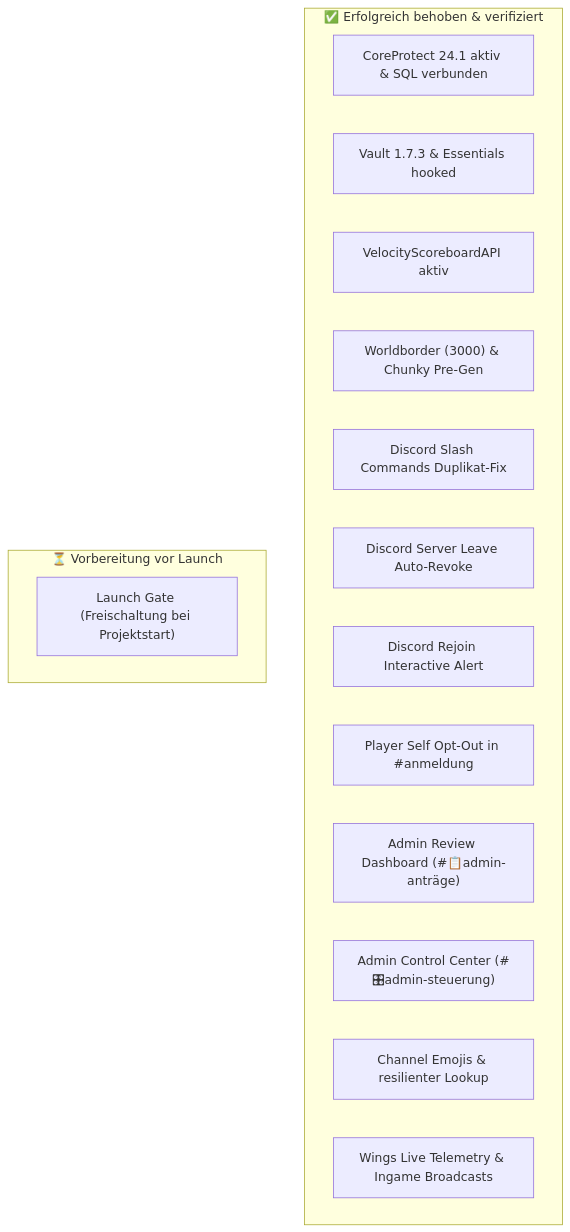
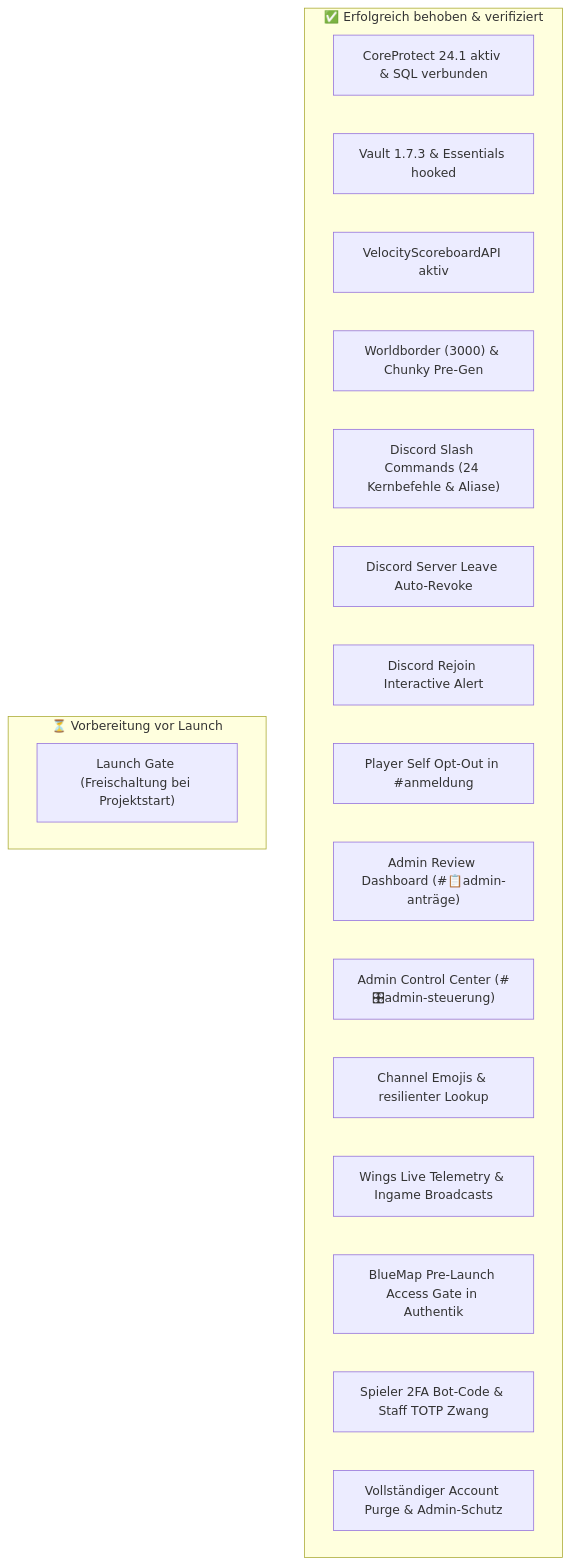
Before and after one commit to Tigimax/minecraft-weihnachtsdorf-team: the diagram in docs/open_issues_and_action_items.md, drawn with Mermaid. The commit also changed other lines of this file and 7 other files, not shown here.

First line of the commit message:
docs: synchronize documentation, register mfa slash commands and harmonize aliases

````diff
--- a/docs/open_issues_and_action_items.md
+++ b/docs/open_issues_and_action_items.md
@@ -10,21 +10,24 @@
 ```mermaid
 flowchart TD
     subgraph SOLVED["✅ Erfolgreich behoben & verifiziert"]
         CP["CoreProtect 24.1 aktiv & SQL verbunden"]
         VAULT["Vault 1.7.3 & Essentials hooked"]
         TAB["VelocityScoreboardAPI aktiv"]
         WB["Worldborder (3000) & Chunky Pre-Gen"]
-        CMD["Discord Slash Commands Duplikat-Fix"]
+        CMD["Discord Slash Commands (24 Kernbefehle & Aliase)"]
         LEV["Discord Server Leave Auto-Revoke"]
         REJ["Discord Rejoin Interactive Alert"]
         OPT["Player Self Opt-Out in #anmeldung"]
         REV["Admin Review Dashboard (#📋admin-anträge)"]
         CTL["Admin Control Center (#🎛admin-steuerung)"]
         EMO["Channel Emojis & resilienter Lookup"]
         TEL["Wings Live Telemetry & Ingame Broadcasts"]
+        BMG["BlueMap Pre-Launch Access Gate in Authentik"]
+        MFA["Spieler 2FA Bot-Code & Staff TOTP Zwang"]
+        PUR["Vollständiger Account Purge & Admin-Schutz"]
     end
 
     subgraph OPEN["⏳ Vorbereitung vor Launch"]
         GATE["Launch Gate (Freischaltung bei Projektstart)"]
     end
 ```
````
